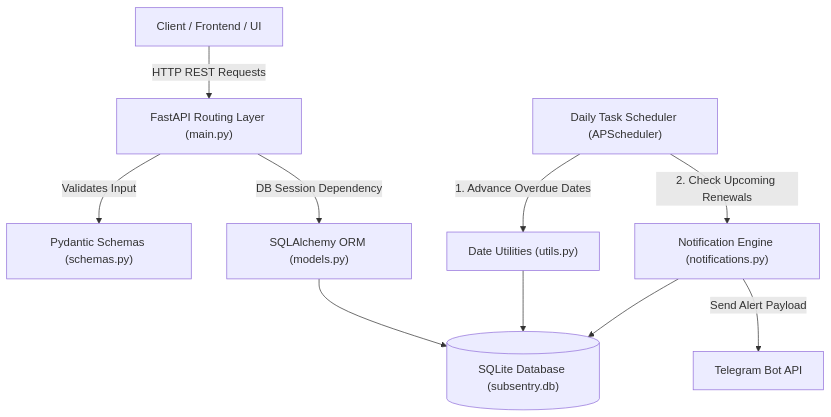
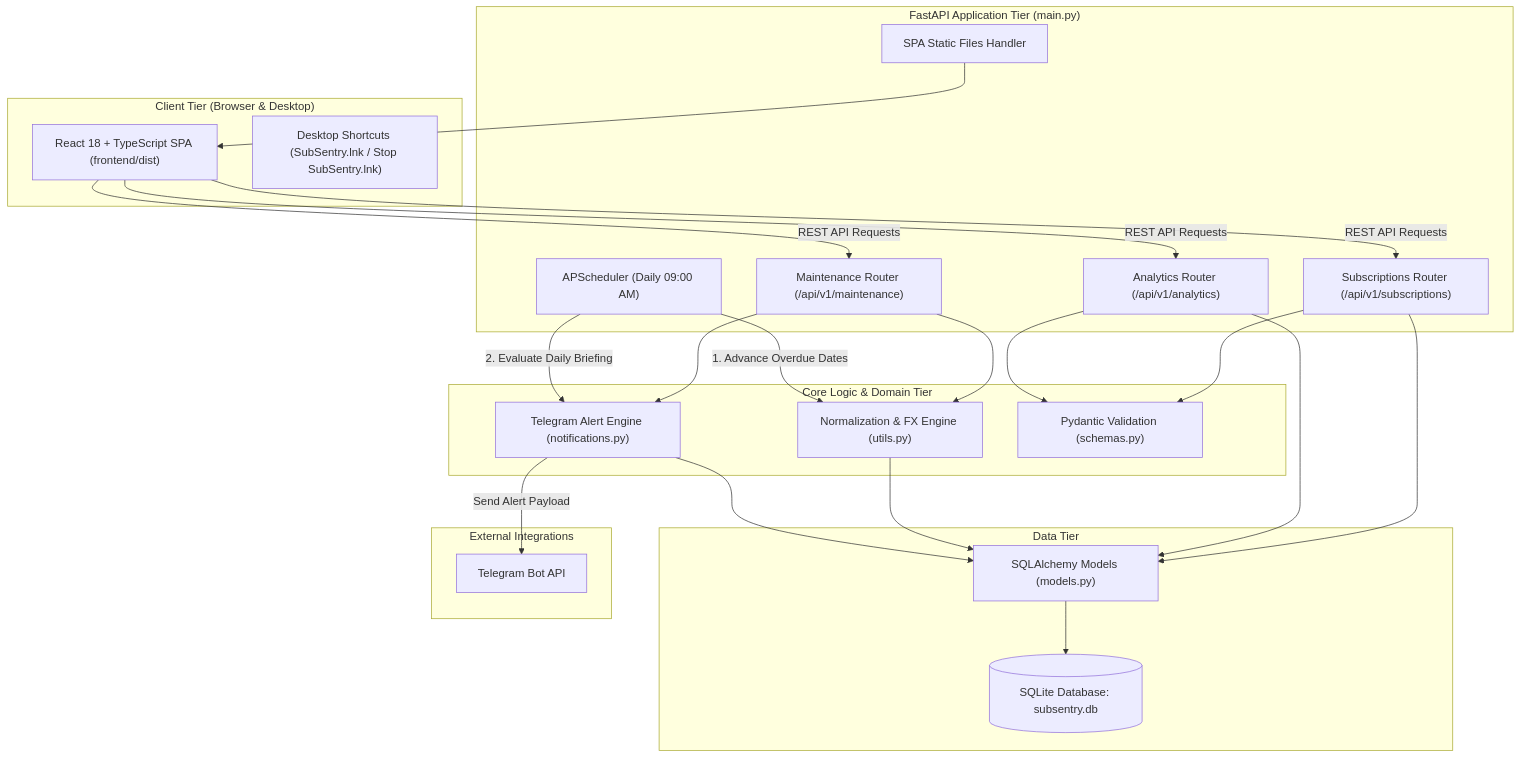
One commit to NeoTato/subscription-tracker changed the diagram in docs/ARCHITECTURE_AND_SYSTEM_DESIGN.md. Above: the diagram before and after it, drawn with Mermaid. The commit also changed other lines of this file and 3 other files, not shown here.

Commit message:
docs: comprehensive update to README, architecture, testing guide, and issue log

````diff
--- a/docs/ARCHITECTURE_AND_SYSTEM_DESIGN.md
+++ b/docs/ARCHITECTURE_AND_SYSTEM_DESIGN.md
@@ -24,13 +28,50 @@
 ```mermaid
 flowchart TD
-    Client["Client / Frontend / UI"] -->|HTTP REST Requests| Router["FastAPI Routing Layer (main.py)"]
-    Router -->|Validates Input| Schemas["Pydantic Schemas (schemas.py)"]
-    Router -->|DB Session Dependency| DB["SQLAlchemy ORM (models.py)"]
-    DB --> SQLite[("SQLite Database (subsentry.db)")]
+    subgraph Client["Client Tier (Browser & Desktop)"]
+        SPA["React 18 + TypeScript SPA (frontend/dist)"]
+        Shortcut["Desktop Shortcuts (SubSentry.lnk / Stop SubSentry.lnk)"]
+    end
 
-    Scheduler["Daily Task Scheduler (APScheduler)"] -->|1. Advance Overdue Dates| Utils["Date Utilities (utils.py)"]
-    Scheduler -->|2. Check Upcoming Renewals| Notifier["Notification Engine (notifications.py)"]
-    Utils --> SQLite
-    Notifier --> SQLite
-    Notifier -->|Send Alert Payload| Telegram["Telegram Bot API"]
+    subgraph Backend["FastAPI Application Tier (main.py)"]
+        Static["SPA Static Files Handler"]
+        SubRouter["Subscriptions Router (/api/v1/subscriptions)"]
+        AnalyticsRouter["Analytics Router (/api/v1/analytics)"]
+        MaintRouter["Maintenance Router (/api/v1/maintenance)"]
+        Scheduler["APScheduler (Daily 09:00 AM)"]
+    end
+
+    subgraph CoreEngine["Core Logic & Domain Tier"]
+        Utils["Normalization & FX Engine (utils.py)"]
+        Notifier["Telegram Alert Engine (notifications.py)"]
+        Schemas["Pydantic Validation (schemas.py)"]
+    end
+
+    subgraph Data["Data Tier"]
+        ORM["SQLAlchemy Models (models.py)"]
+        DB[(SQLite Database: subsentry.db)]
+    end
+
+    subgraph External["External Integrations"]
+        Telegram["Telegram Bot API"]
+    end
+
+    SPA -->|REST API Requests| SubRouter
+    SPA -->|REST API Requests| AnalyticsRouter
+    SPA -->|REST API Requests| MaintRouter
+    Static --> SPA
+
+    SubRouter --> Schemas
+    AnalyticsRouter --> Schemas
+    SubRouter --> ORM
+    AnalyticsRouter --> ORM
+    MaintRouter --> Utils
+    MaintRouter --> Notifier
+
+    Scheduler -->|1. Advance Overdue Dates| Utils
+    Scheduler -->|2. Evaluate Daily Briefing| Notifier
+
+    Utils --> ORM
+    Notifier --> ORM
+    ORM --> DB
+    Notifier -->|Send Alert Payload| Telegram
 ```
````
